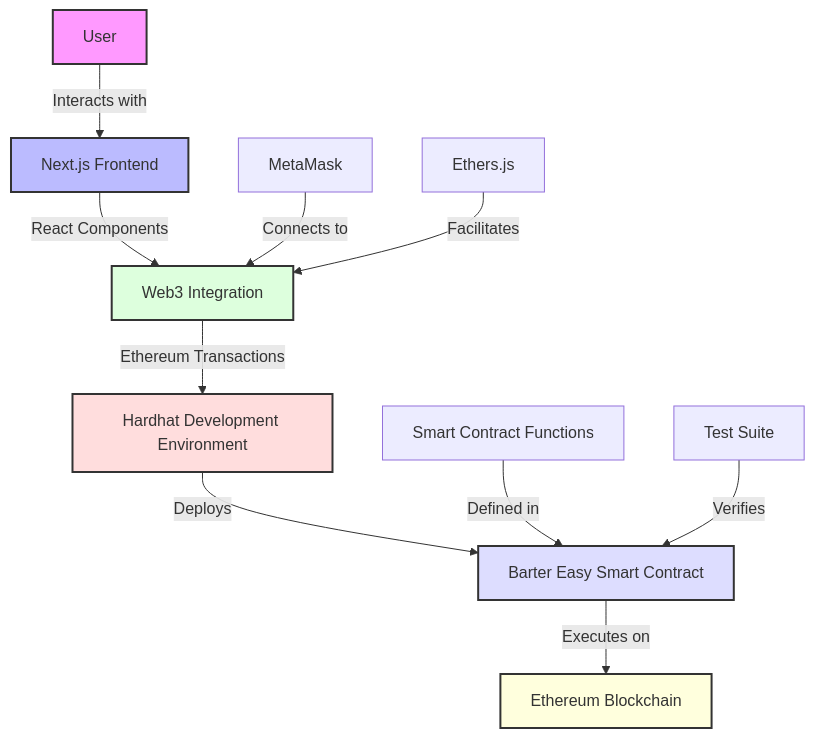
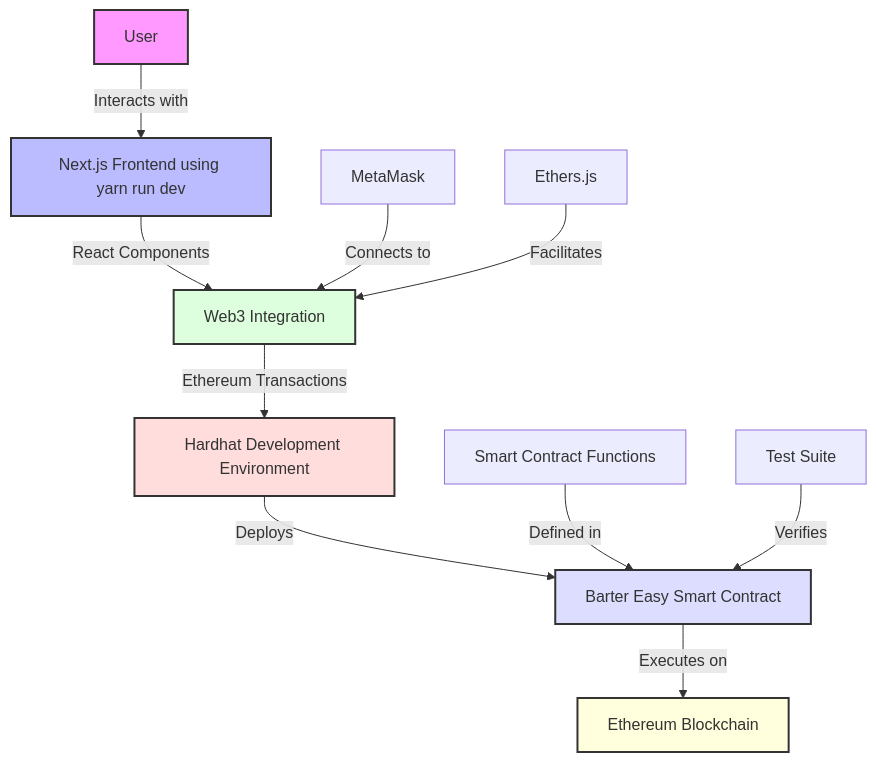
Before and after one commit to abbeylawal/D-Barter-platform: the diagram in barter-easy-architecture.mermaid, drawn with Mermaid. The commit also changed 1 other file, not shown here.

````diff
--- a/barter-easy-architecture.mermaid
+++ b/barter-easy-architecture.mermaid
@@ -1,21 +1,21 @@
 ```mermaid
 graph TD
-    A[User] -->|Interacts with| B[Next.js Frontend]
+    A[User] -->|Interacts with| B[Next.js Frontend using yarn run dev]
     B -->|React Components| C[Web3 Integration]
     C -->|Ethereum Transactions| D[Hardhat Development Environment]
     D -->|Deploys| E[Barter Easy Smart Contract]
     E -->|Executes on| F[Ethereum Blockchain]
     
     G[Smart Contract Functions] -->|Defined in| E
     H[Test Suite] -->|Verifies| E
     
     I[MetaMask] -->|Connects to| C
     J[Ethers.js] -->|Facilitates| C
 
     style A fill:#f9f,stroke:#333,stroke-width:2px
     style B fill:#bbf,stroke:#333,stroke-width:2px
     style C fill:#dfd,stroke:#333,stroke-width:2px
     style D fill:#fdd,stroke:#333,stroke-width:2px
     style E fill:#ddf,stroke:#333,stroke-width:2px
     style F fill:#ffd,stroke:#333,stroke-width:2px
 ```
````
